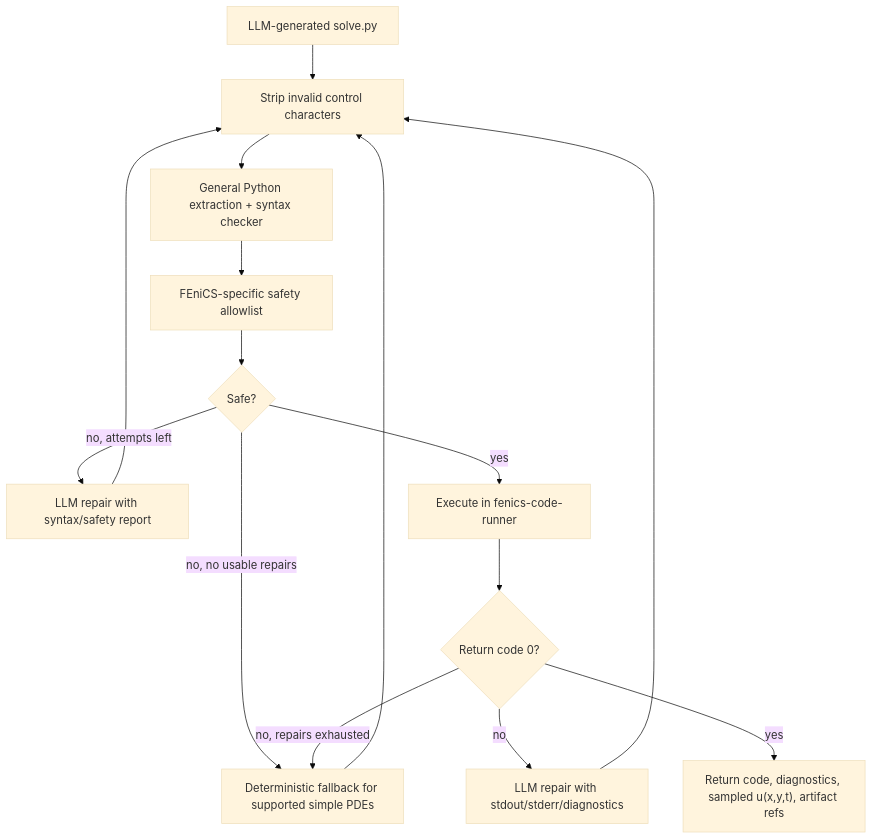
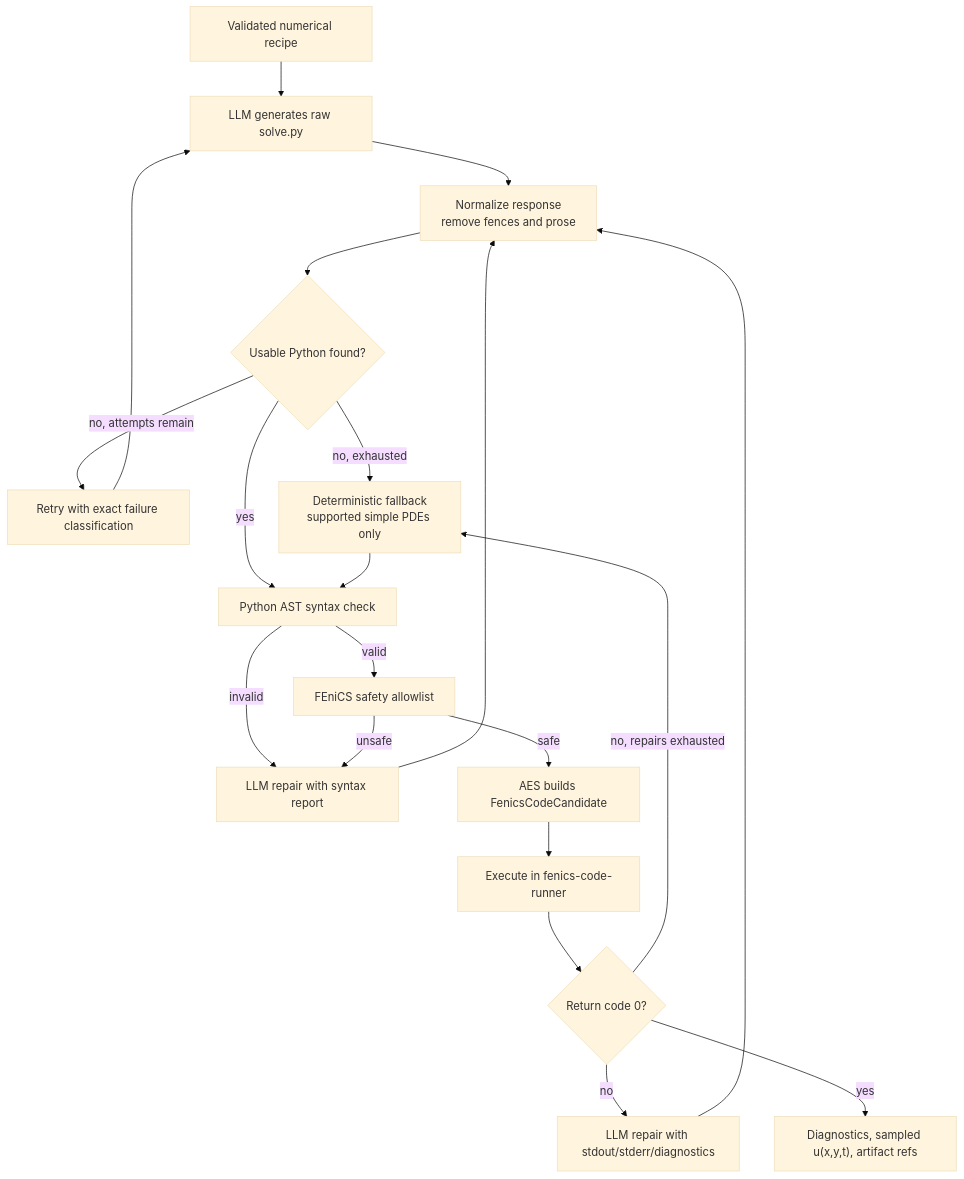
The sixth of 8 diagrams in langgraph/architecture.md (RadmirG/AES), drawn with Mermaid (base theme) before and after one commit. The commit also changed other lines of this file and 18 other files, not shown here.

Commit message:
new FEniCS code-generation lifecycle

````diff
--- a/langgraph/architecture.md
+++ b/langgraph/architecture.md
@@ -189,17 +191,22 @@
 ```mermaid
 flowchart TD
-    A["LLM-generated solve.py"] --> B["Strip invalid control characters"]
-    B --> C["General Python extraction + syntax checker"]
-    C --> D["FEniCS-specific safety allowlist"]
-    D --> E{"Safe?"}
-    E -->|no, attempts left| F["LLM repair with syntax/safety report"]
-    F --> B
-    E -->|no, no usable repairs| G["Deterministic fallback for supported simple PDEs"]
-    G --> B
-    E -->|yes| H["Execute in fenics-code-runner"]
-    H --> I{"Return code 0?"}
-    I -->|no| J["LLM repair with stdout/stderr/diagnostics"]
-    J --> B
-    I -->|no, repairs exhausted| G
-    I -->|yes| K["Return code, diagnostics, sampled u(x,y,t), artifact refs"]
+    A["Validated numerical recipe"] --> B["LLM generates raw solve.py"]
+    B --> C["Normalize response<br/>remove fences and prose"]
+    C --> D{"Usable Python found?"}
+    D -->|"no, attempts remain"| E["Retry with exact failure classification"]
+    E --> B
+    D -->|"no, exhausted"| F["Deterministic fallback<br/>supported simple PDEs only"]
+    D -->|yes| G["Python AST syntax check"]
+    F --> G
+    G -->|invalid| H["LLM repair with syntax report"]
+    H --> C
+    G -->|valid| I["FEniCS safety allowlist"]
+    I -->|unsafe| H
+    I -->|safe| J["AES builds FenicsCodeCandidate"]
+    J --> K["Execute in fenics-code-runner"]
+    K --> L{"Return code 0?"}
+    L -->|no| M["LLM repair with stdout/stderr/diagnostics"]
+    M --> C
+    L -->|"no, repairs exhausted"| F
+    L -->|yes| N["Diagnostics, sampled u(x,y,t), artifact refs"]
 ```
````
